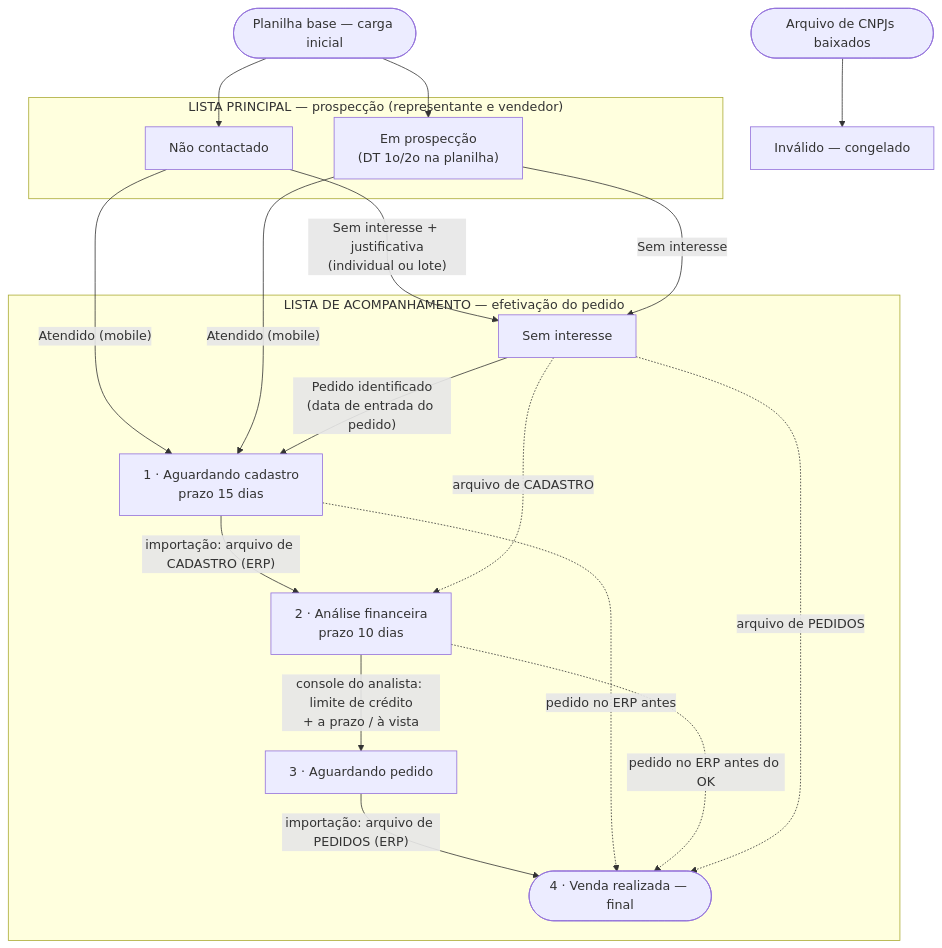
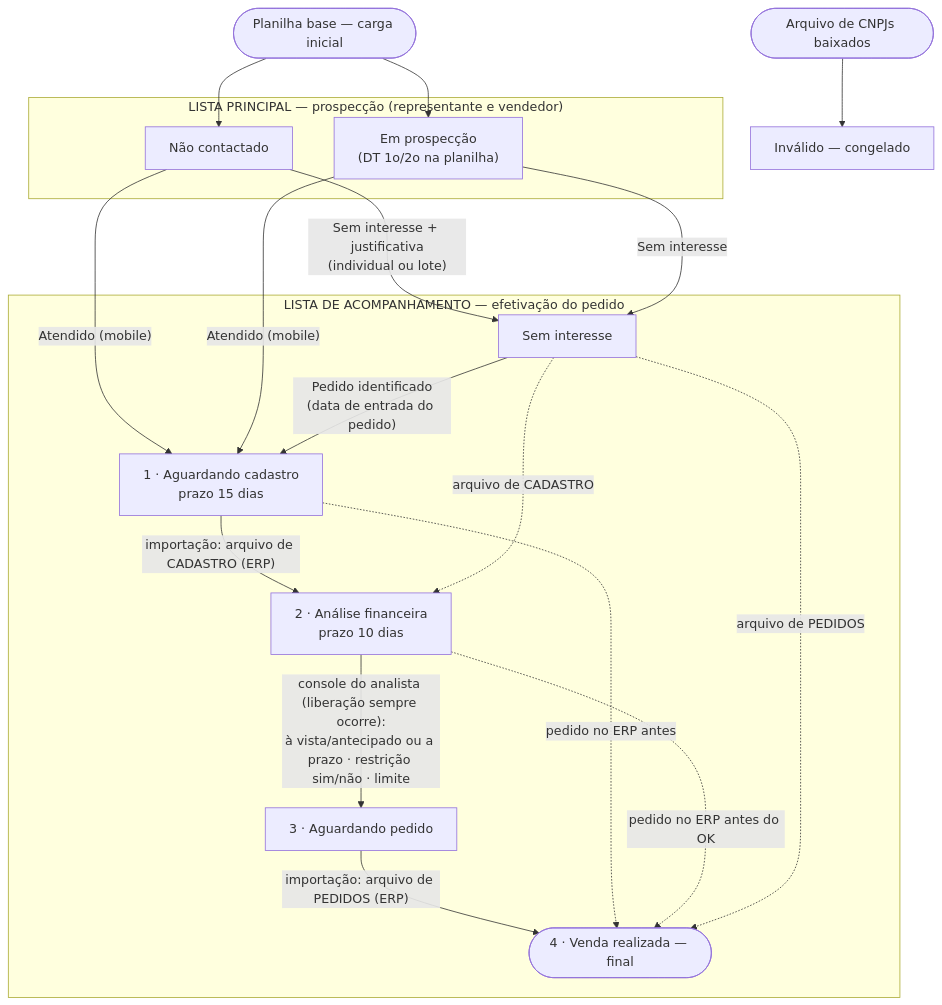
One commit to EquipeGF2/Germani_Prospect changed the diagram in docs/08-fluxo-processo.md. Above: the diagram before and after it, drawn with Mermaid. The commit also changed other lines of this file and 10 other files, not shown here.

First line of the commit message:
Console financeiro: liberação sempre ocorre com condição, restrição e limite

````diff
--- a/docs/08-fluxo-processo.md
+++ b/docs/08-fluxo-processo.md
@@ -6,29 +6,29 @@
 ```mermaid
 flowchart TD
     BASE([Planilha base — carga inicial]) --> NC[Não contactado]
     BASE --> EP["Em prospecção<br/>(DT 1o/2o na planilha)"]
     subgraph LP [" LISTA PRINCIPAL — prospecção (representante e vendedor) "]
         NC
         EP
     end
     NC -- "Sem interesse + justificativa<br/>(individual ou lote)" --> SI[Sem interesse]
     EP -- "Sem interesse" --> SI
     NC -- "Atendido (mobile)" --> AC
     EP -- "Atendido (mobile)" --> AC
     subgraph ACOMP [" LISTA DE ACOMPANHAMENTO — efetivação do pedido "]
         AC["1 · Aguardando cadastro<br/>prazo 15 dias"]
         AF["2 · Análise financeira<br/>prazo 10 dias"]
         AP["3 · Aguardando pedido"]
         VR(["4 · Venda realizada — final"])
         SI
     end
     AC -- "importação: arquivo de CADASTRO (ERP)" --> AF
-    AF -- "console do analista: limite de crédito<br/>+ a prazo / à vista" --> AP
+    AF -- "console do analista (liberação sempre ocorre):<br/>à vista/antecipado ou a prazo · restrição sim/não · limite" --> AP
     AP -- "importação: arquivo de PEDIDOS (ERP)" --> VR
     AC -. "pedido no ERP antes" .-> VR
     AF -. "pedido no ERP antes do OK" .-> VR
     SI -- "Pedido identificado<br/>(data de entrada do pedido)" --> AC
     SI -. "arquivo de CADASTRO" .-> AF
     SI -. "arquivo de PEDIDOS" .-> VR
     BX([Arquivo de CNPJs baixados]) --> INV[Inválido — congelado]
 ```
````
